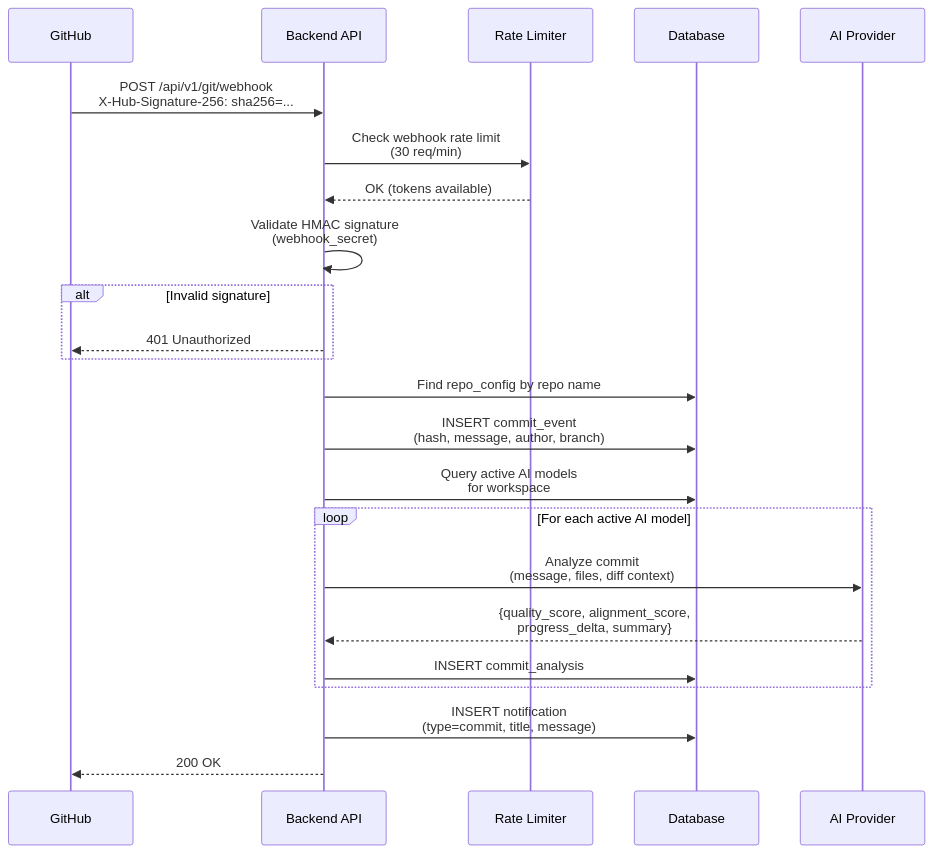
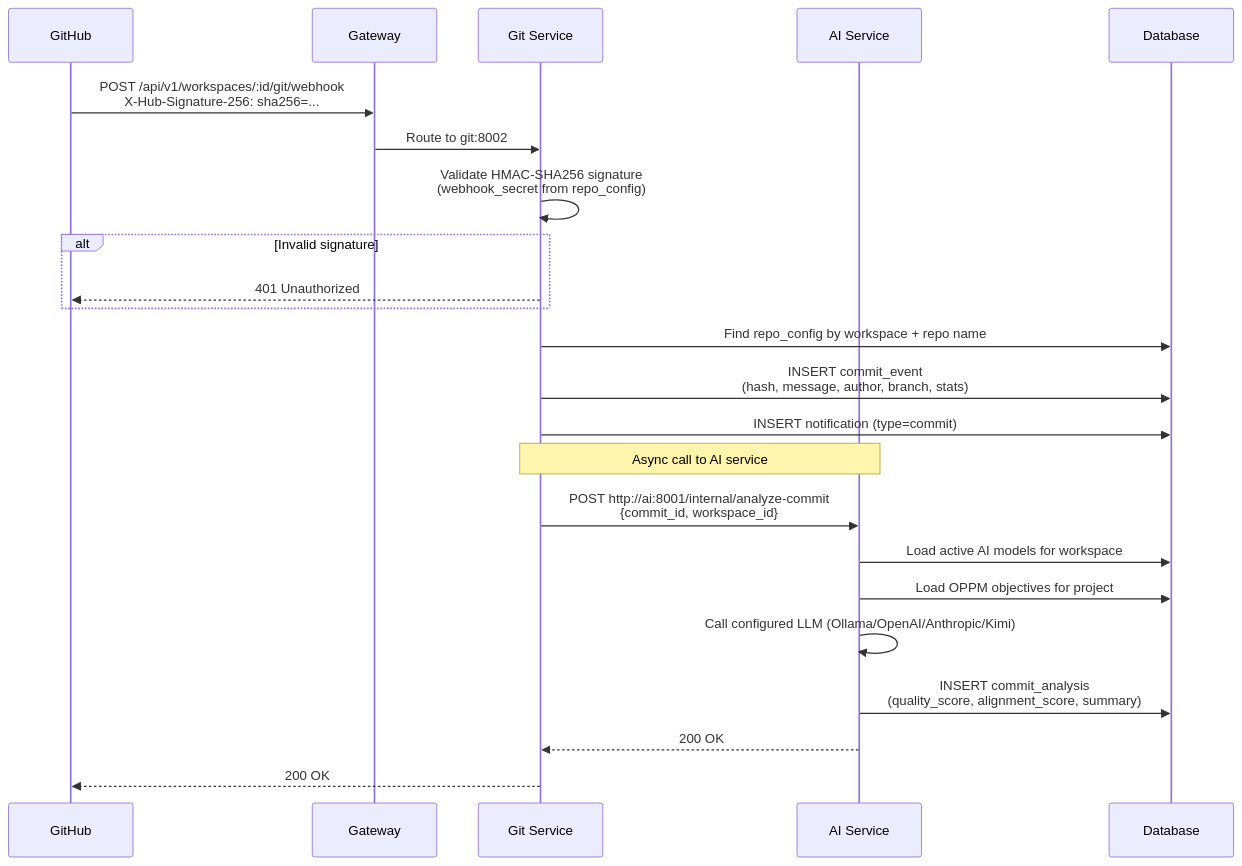
The third of 9 diagrams in docs/FLOWCHARTS.md (cvrvai/OPPM-AI-work-management-system), drawn with Mermaid before and after one commit. The commit also changed other lines of this file and 47 other files, not shown here.

````diff
--- a/docs/FLOWCHARTS.md
+++ b/docs/FLOWCHARTS.md
@@ -81,30 +81,31 @@
 ```mermaid
 sequenceDiagram
     participant GitHub
-    participant Backend API
-    participant Rate Limiter
+    participant Gateway
+    participant Git Service
+    participant AI Service
     participant Database
-    participant AI Provider
 
-    GitHub->>Backend API: POST /api/v1/git/webhook<br/>X-Hub-Signature-256: sha256=...
-    Backend API->>Rate Limiter: Check webhook rate limit<br/>(30 req/min)
-    Rate Limiter-->>Backend API: OK (tokens available)
-    Backend API->>Backend API: Validate HMAC signature<br/>(webhook_secret)
+    GitHub->>Gateway: POST /api/v1/workspaces/:id/git/webhook<br/>X-Hub-Signature-256: sha256=...
+    Gateway->>Git Service: Route to git:8002
+    Git Service->>Git Service: Validate HMAC-SHA256 signature<br/>(webhook_secret from repo_config)
 
     alt Invalid signature
-        Backend API-->>GitHub: 401 Unauthorized
+        Git Service-->>GitHub: 401 Unauthorized
     end
 
-    Backend API->>Database: Find repo_config by repo name
-    Backend API->>Database: INSERT commit_event<br/>(hash, message, author, branch)
+    Git Service->>Database: Find repo_config by workspace + repo name
+    Git Service->>Database: INSERT commit_event<br/>(hash, message, author, branch, stats)
+    Git Service->>Database: INSERT notification (type=commit)
 
-    Backend API->>Database: Query active AI models<br/>for workspace
-    loop For each active AI model
-        Backend API->>AI Provider: Analyze commit<br/>(message, files, diff context)
-        AI Provider-->>Backend API: {quality_score, alignment_score,<br/>progress_delta, summary}
-        Backend API->>Database: INSERT commit_analysis
-    end
+    Note over Git Service,AI Service: Async call to AI service
 
-    Backend API->>Database: INSERT notification<br/>(type=commit, title, message)
-    Backend API-->>GitHub: 200 OK
+    Git Service->>AI Service: POST http://ai:8001/internal/analyze-commit<br/>{commit_id, workspace_id}
+    AI Service->>Database: Load active AI models for workspace
+    AI Service->>Database: Load OPPM objectives for project
+    AI Service->>AI Service: Call configured LLM (Ollama/OpenAI/Anthropic/Kimi)
+    AI Service->>Database: INSERT commit_analysis<br/>(quality_score, alignment_score, summary)
+    AI Service-->>Git Service: 200 OK
+
+    Git Service-->>GitHub: 200 OK
 ```
````
